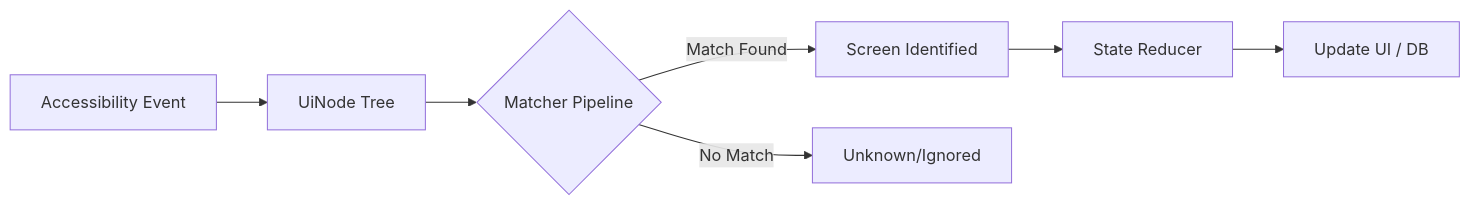
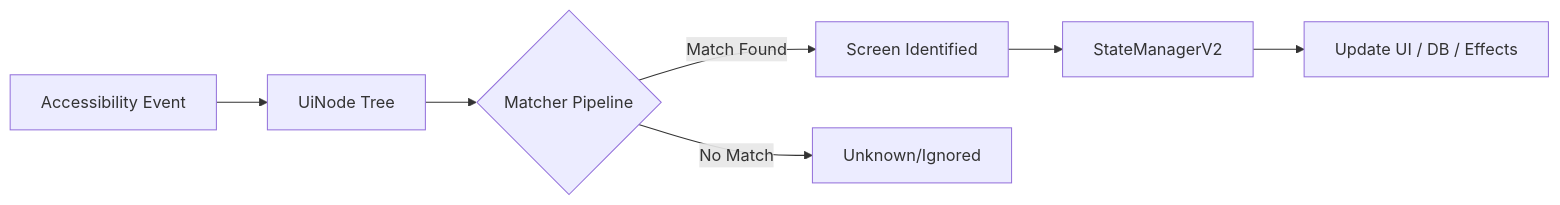
The diagram in README.md (sjtrotter/DashBuddy), drawn with Mermaid before and after one commit. The commit also changed other lines of this file and 2 other files, not shown here.

````diff
--- a/README.md
+++ b/README.md
@@ -61,9 +88,9 @@
 ```mermaid
 graph LR
     A[Accessibility Event] --> B[UiNode Tree]
     B --> C{Matcher Pipeline}
     C -- Match Found --> D[Screen Identified]
     C -- No Match --> E[Unknown/Ignored]
-    D --> F[State Reducer]
-    F --> G[Update UI / DB]
+    D --> F[StateManagerV2]
+    F --> G[Update UI / DB / Effects]
 ```
````
